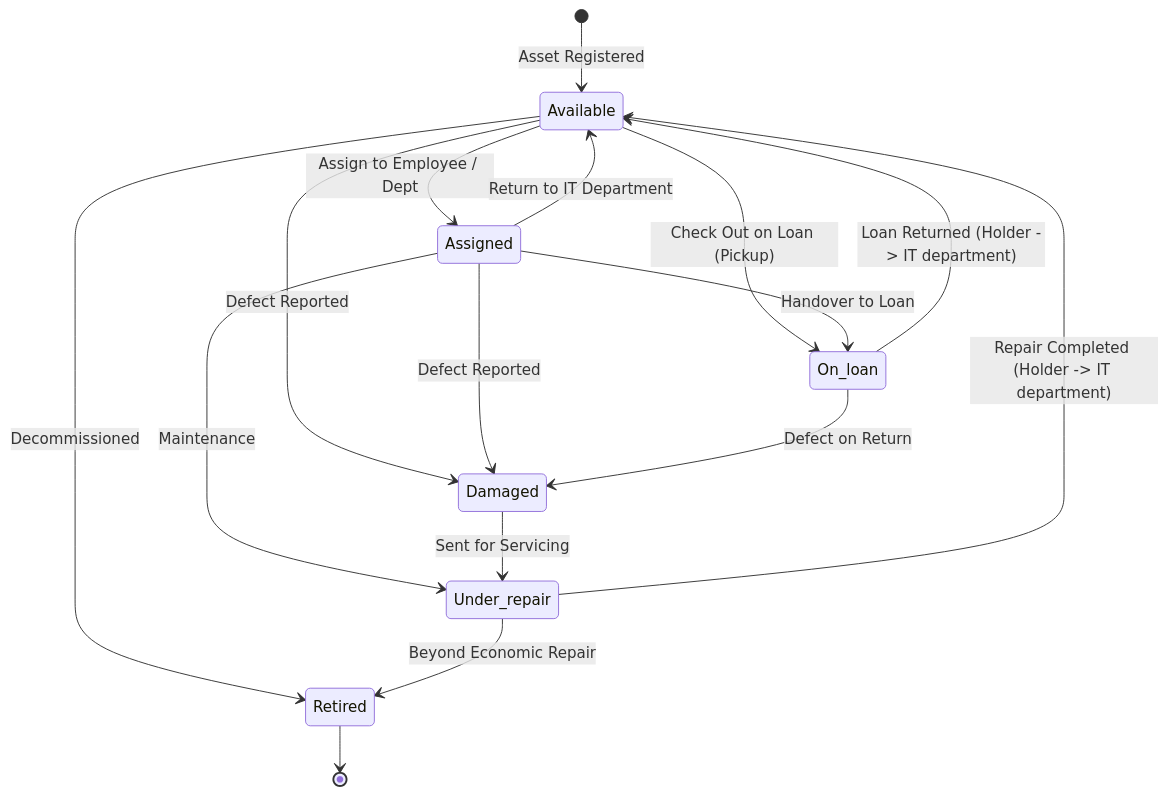
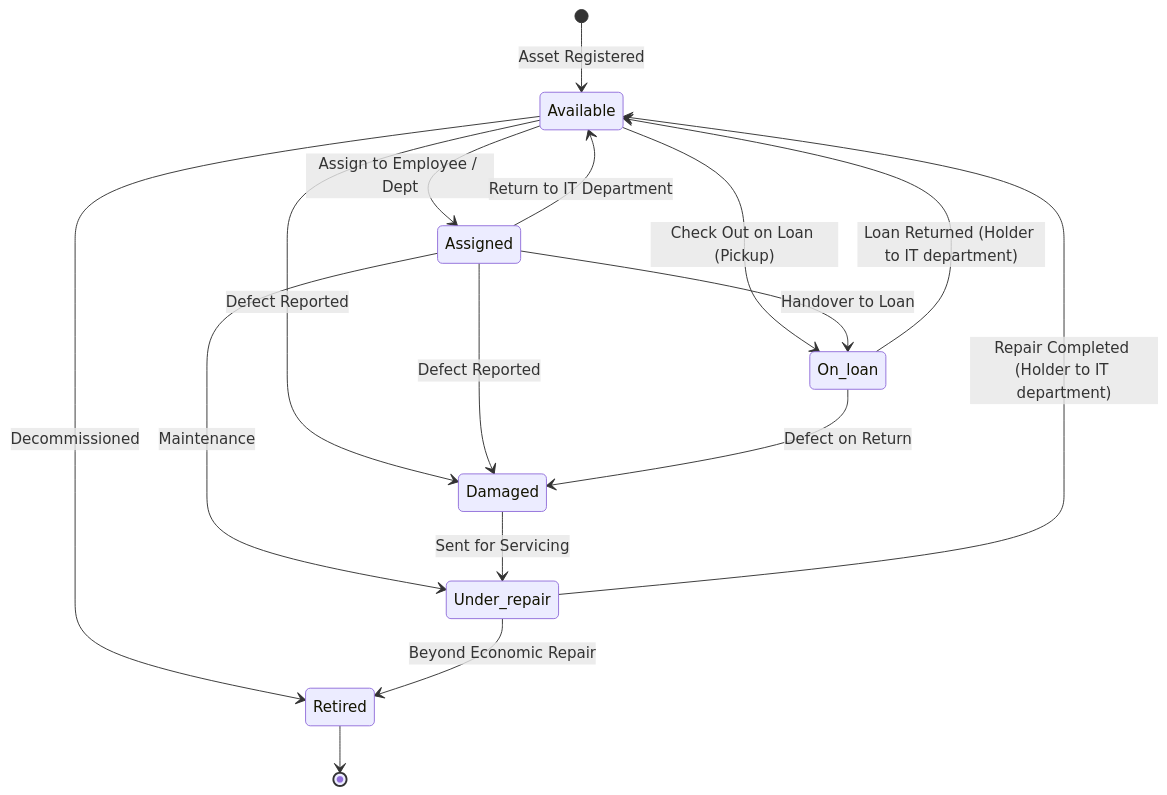
The second of 2 diagrams in Software Design Document.md (SDSAJames/Inventory-Management-Software), drawn with Mermaid before and after one commit. The commit also changed other lines of this file and 1 other file, not shown here.

Commit message:
fix Mermaid syntax error

````diff
--- a/Software Design Document.md
+++ b/Software Design Document.md
@@ -157,23 +157,23 @@
 ```mermaid
 stateDiagram-v2
     [*] --> Available: Asset Registered
     
     Available --> Assigned: Assign to Employee / Dept
     Available --> On_loan: Check Out on Loan (Pickup)
     Available --> Damaged: Defect Reported
     Available --> Retired: Decommissioned
     
     Assigned --> Available: Return to IT Department
     Assigned --> On_loan: Handover to Loan
     Assigned --> Damaged: Defect Reported
     Assigned --> Under_repair: Maintenance
     
-    On_loan --> Available: Loan Returned (Holder -> IT department)
+    On_loan --> Available: Loan Returned (Holder to IT department)
     On_loan --> Damaged: Defect on Return
     
     Damaged --> Under_repair: Sent for Servicing
-    Under_repair --> Available: Repair Completed (Holder -> IT department)
+    Under_repair --> Available: Repair Completed (Holder to IT department)
     Under_repair --> Retired: Beyond Economic Repair
     
     Retired --> [*]
 ```
````
